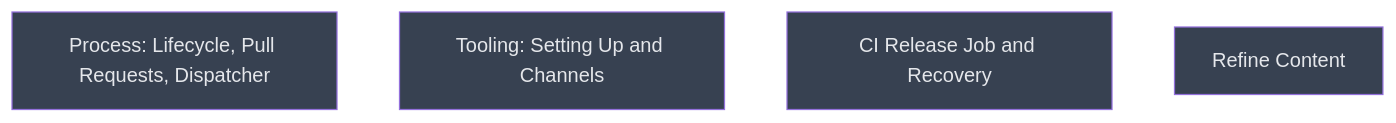
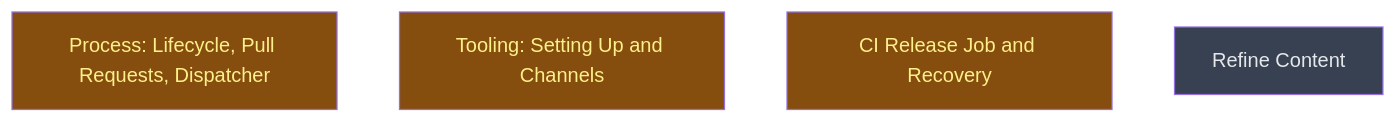
The diagram in __roadmap__/writing-release-rework/author/README.md (CrackingShells/cracking-shells-playbook), drawn with Mermaid before and after one commit. The commit also changed other lines of this file and 1 other file, not shown here.

Commit message:
chore(roadmap): mark the chores done and the author level in progress

````diff
--- a/__roadmap__/writing-release-rework/author/README.md
+++ b/__roadmap__/writing-release-rework/author/README.md
@@ -23,12 +23,12 @@
 ```mermaid
 graph TD
-    process[Process: Lifecycle, Pull Requests, Dispatcher]:::planned
-    tooling[Tooling: Setting Up and Channels]:::planned
-    ci_and_recovery[CI Release Job and Recovery]:::planned
+    process[Process: Lifecycle, Pull Requests, Dispatcher]:::inprogress
+    tooling[Tooling: Setting Up and Channels]:::inprogress
+    ci_and_recovery[CI Release Job and Recovery]:::inprogress
     refine[Refine Content]:::planned
     classDef done       fill:#166534,color:#bbf7d0
     classDef inprogress fill:#854d0e,color:#fef08a
     classDef planned    fill:#374151,color:#e5e7eb
     classDef amendment  fill:#1e3a5f,color:#bfdbfe
     classDef blocked    fill:#7f1d1d,color:#fecaca
 ```
````
